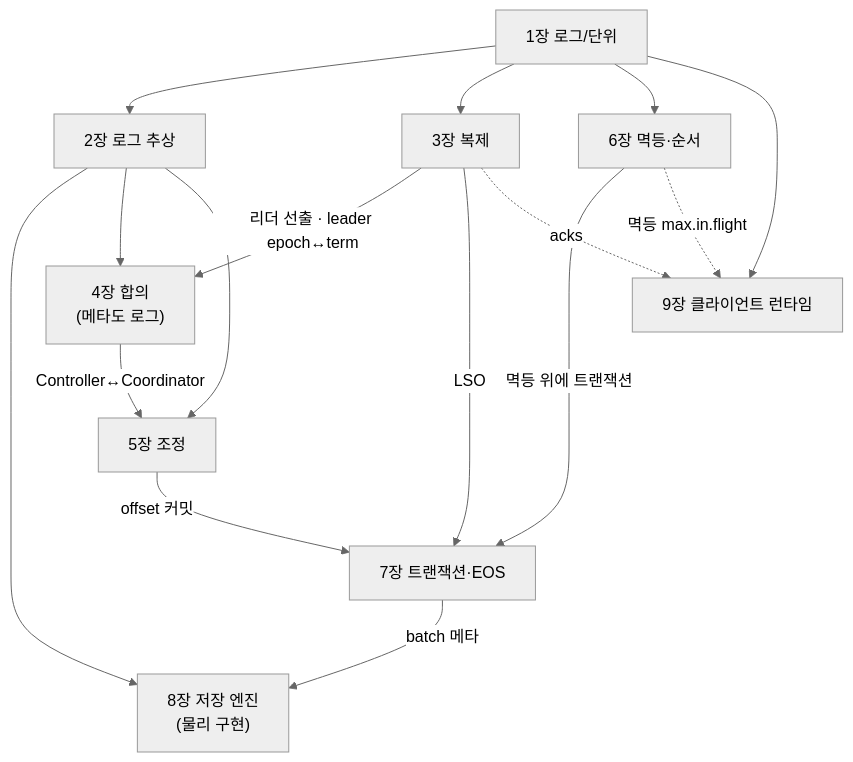
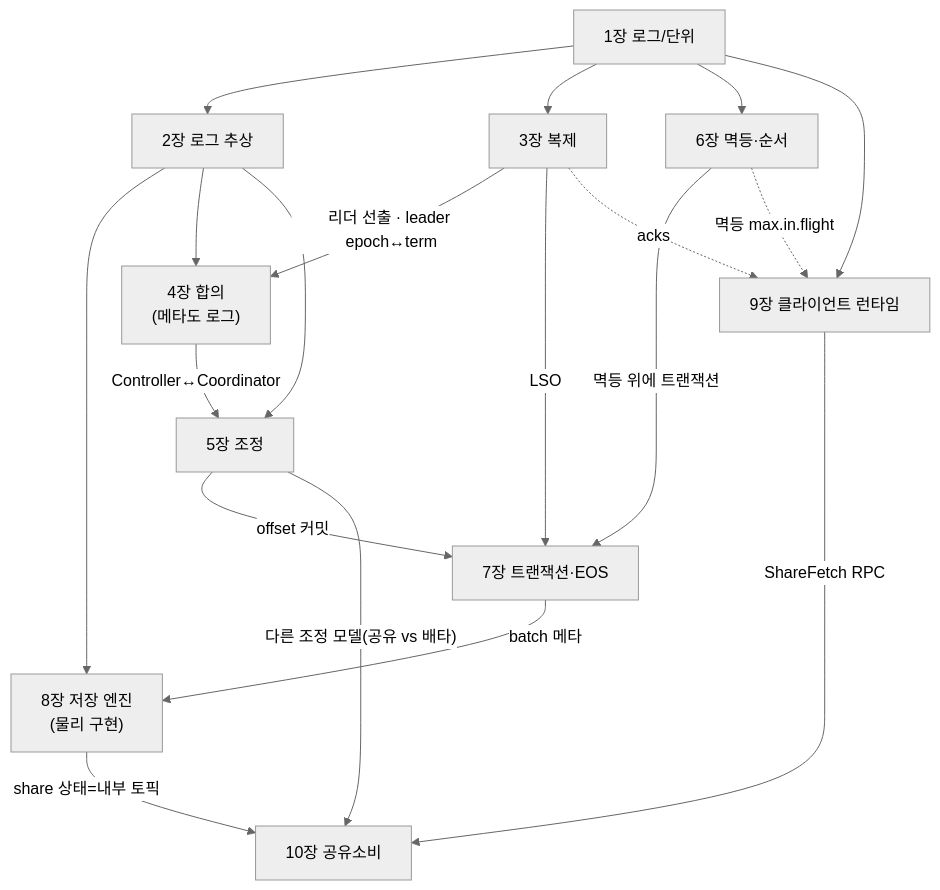
Before and after one commit to ghtjr410/kafka-lab: the second of 2 diagrams in docs/book/1-internals/README.md, drawn with Mermaid (neutral theme). The commit also changed other lines of this file, not shown here.

````diff
--- a/docs/book/1-internals/README.md
+++ b/docs/book/1-internals/README.md
@@ -59,18 +59,21 @@
 ```mermaid
 graph TB
     C1["1장 로그/단위"] --> C2["2장 로그 추상"]
     C2 --> C8["8장 저장 엔진<br/>(물리 구현)"]
     C2 --> C4["4장 합의<br/>(메타도 로그)"]
     C1 --> C3["3장 복제"]
     C3 -->|"리더 선출 · leader epoch↔term"| C4
     C4 -->|"Controller↔Coordinator"| C5["5장 조정"]
     C2 --> C5
     C1 --> C6["6장 멱등·순서"]
     C6 -->|"멱등 위에 트랜잭션"| C7["7장 트랜잭션·EOS"]
     C3 -->|"LSO"| C7
     C5 -->|"offset 커밋"| C7
     C7 -->|"batch 메타"| C8
     C1 --> C9["9장 클라이언트 런타임"]
     C3 -.->|"acks"| C9
     C6 -.->|"멱등 max.in.flight"| C9
+    C5 -->|"다른 조정 모델(공유 vs 배타)"| C10["10장 공유소비"]
+    C8 -->|"share 상태=내부 토픽"| C10
+    C9 -->|"ShareFetch RPC"| C10
 ```
````
